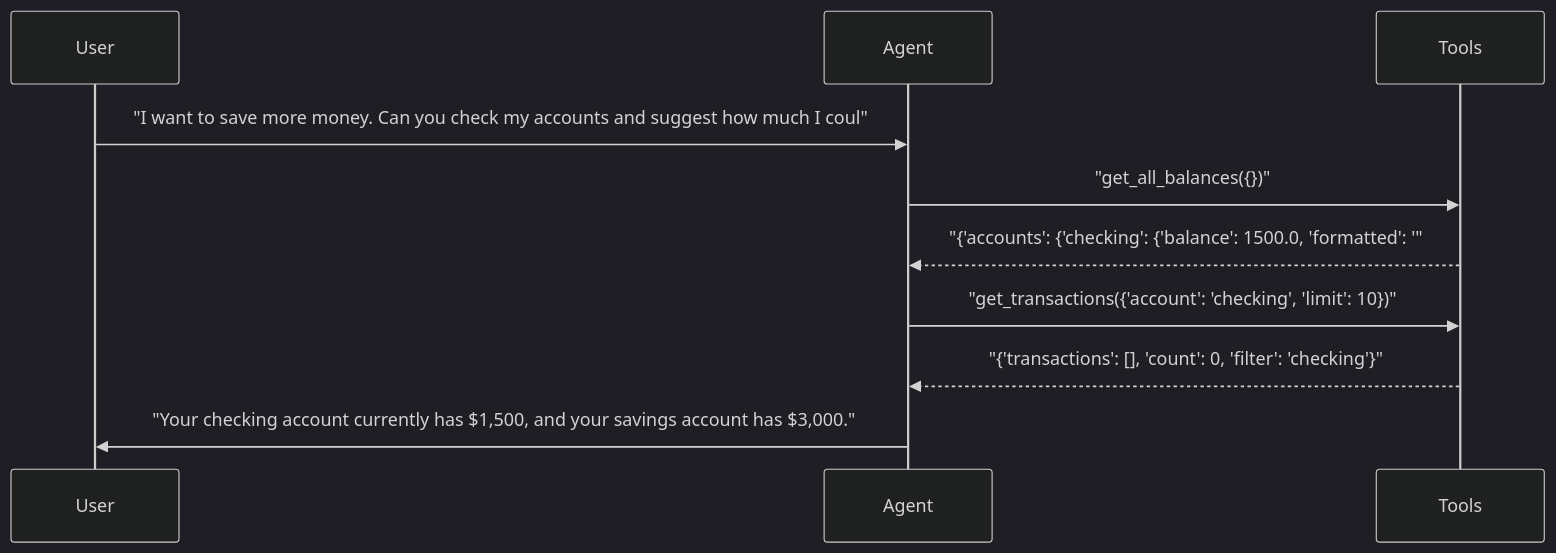
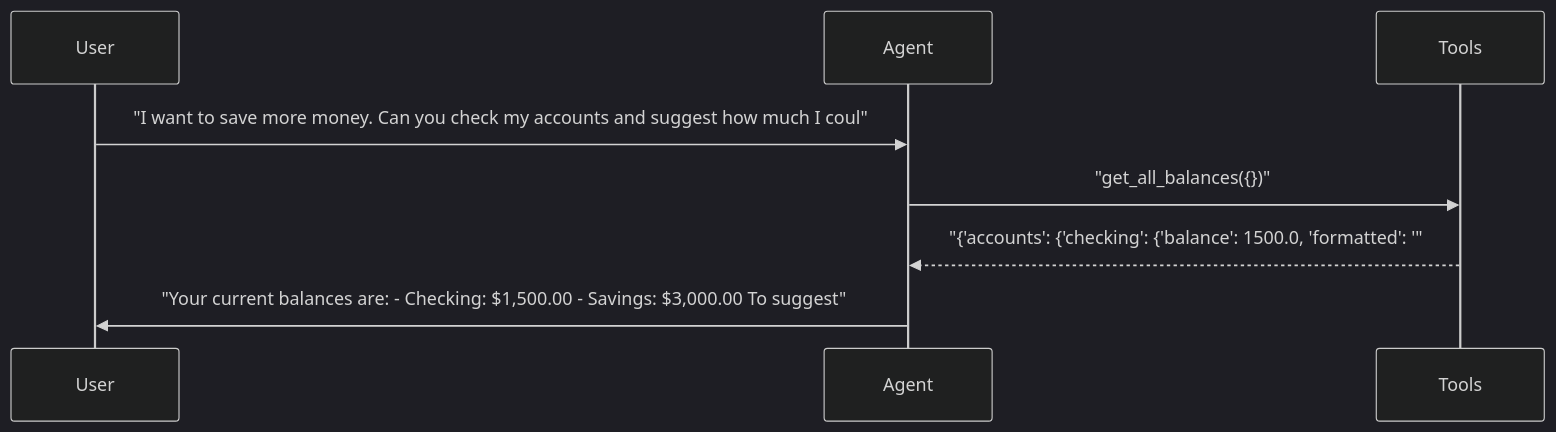
One commit to sbroenne/pytest-aitest changed diagram 12 of 24 in docs/demo/hero-report.md. Above: the diagram before and after it, drawn with Mermaid (dark theme). The commit also changed other lines of this file and 34 other files, not shown here.

````diff
--- a/docs/demo/hero-report.md
+++ b/docs/demo/hero-report.md
@@ -703,13 +680,11 @@
 ```mermaid
 sequenceDiagram
     participant User
     participant Agent
     participant Tools
 
     User->>Agent: "I want to save more money. Can you check my accounts and suggest how much I coul"
     Agent->>Tools: "get_all_balances({})"
     Tools-->>Agent: "{'accounts': {'checking': {'balance': 1500.0, 'formatted': '"
-    Agent->>Tools: "get_transactions({'account': 'checking', 'limit': 10})"
-    Tools-->>Agent: "{'transactions': [], 'count': 0, 'filter': 'checking'}"
-    Agent->>User: "Your checking account currently has $1,500, and your savings account has $3,000."
+    Agent->>User: "Your current balances are: - Checking: $1,500.00 - Savings: $3,000.00 To suggest"
 ```
````
